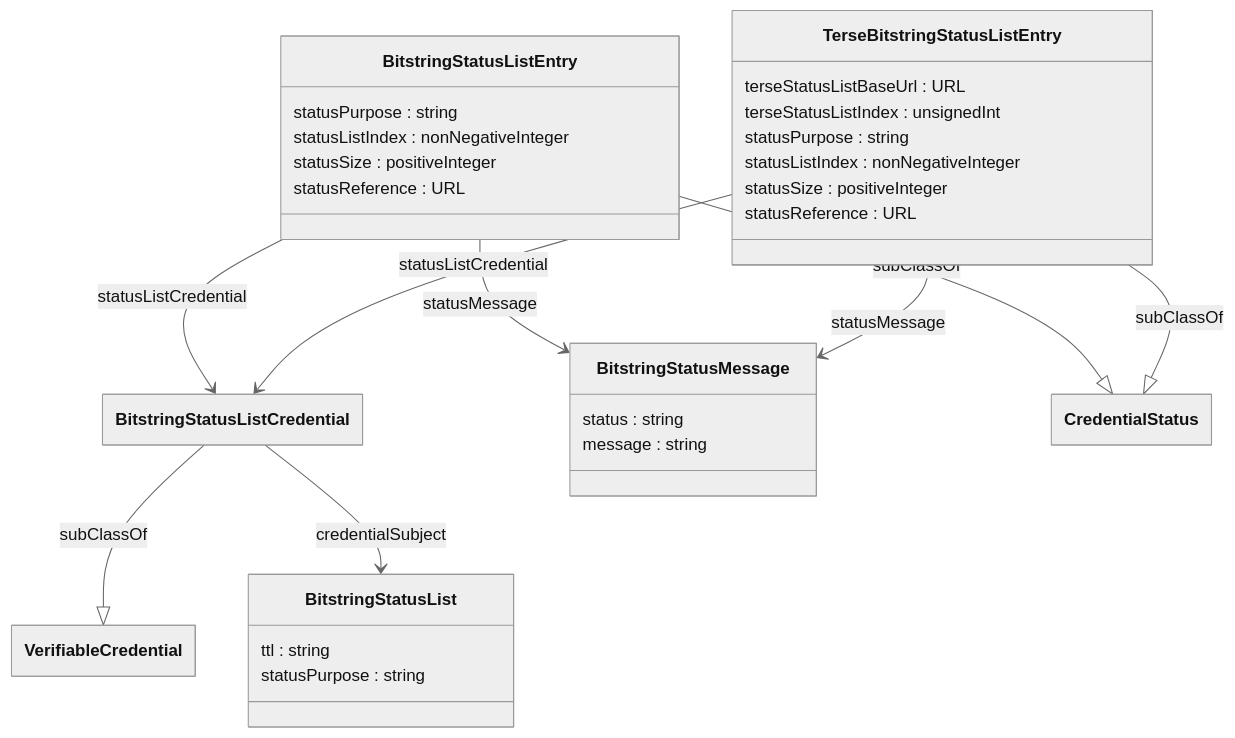
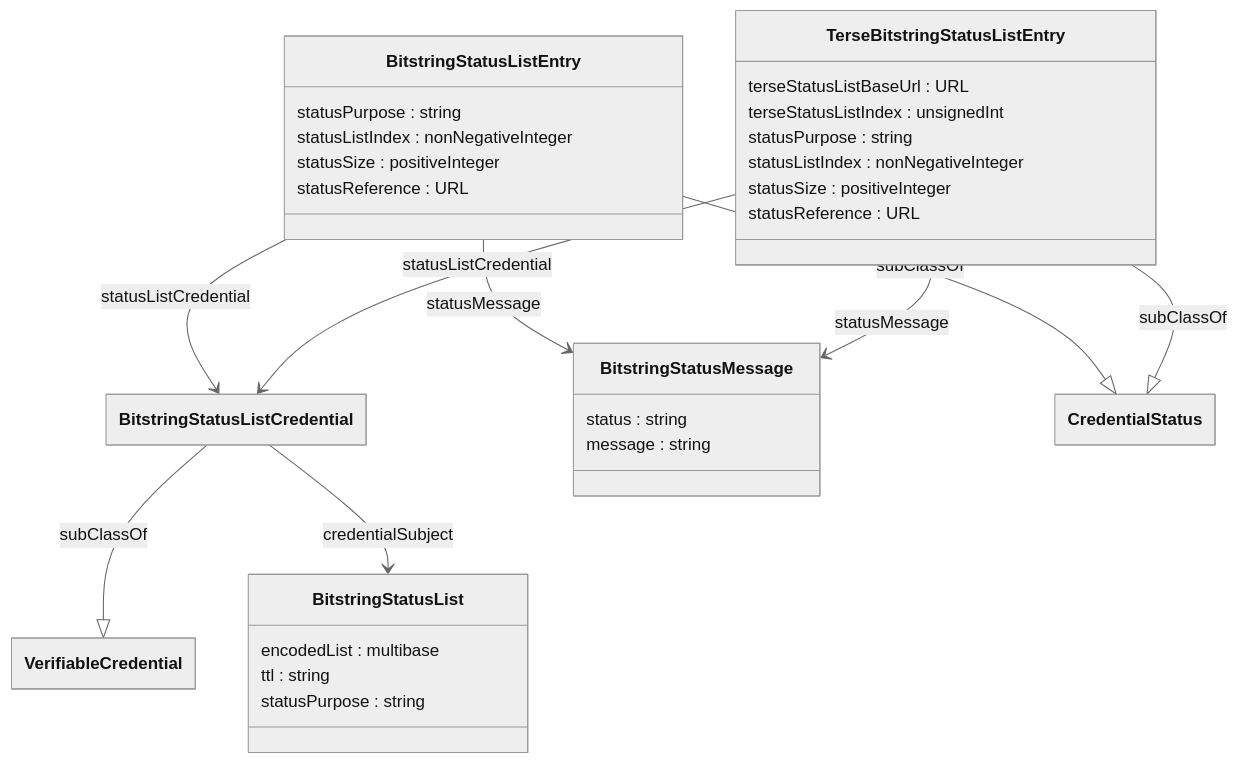
The diagram in vocab/v1.1/vocabulary.mmd (w3c/vc-bitstring-status-list), drawn with Mermaid before and after one commit.

Commit message:
Improved the mmd

```diff
--- a/vocab/v1.1/vocabulary.mmd
+++ b/vocab/v1.1/vocabulary.mmd
@@ -1,44 +1,45 @@
 %%{
     init: {
         "theme" : "neutral",
         "class": {
             "hideEmptyMembersBox": true
         }
     }
 }%%
 classDiagram
     class BitstringStatusList {
+        encodedList : multibase
         ttl : string
         statusPurpose : string
     }
     class BitstringStatusListEntry {
         statusPurpose : string
         statusListIndex : nonNegativeInteger
         statusSize : positiveInteger
         statusReference : URL
     }
     class BitstringStatusListCredential {}
     class BitstringStatusMessage {
         status : string
         message : string
     }
     class TerseBitstringStatusListEntry {
         terseStatusListBaseUrl : URL
         terseStatusListIndex : unsignedInt
         statusPurpose : string
         statusListIndex : nonNegativeInteger
         statusSize : positiveInteger
         statusReference : URL
     }
 
 
     BitstringStatusListEntry --|> CredentialStatus : subClassOf
     BitstringStatusListCredential --|> VerifiableCredential : subClassOf
     TerseBitstringStatusListEntry --|> CredentialStatus : subClassOf
 
     BitstringStatusListEntry --> BitstringStatusListCredential : statusListCredential
     BitstringStatusListEntry --> BitstringStatusMessage : statusMessage
     TerseBitstringStatusListEntry --> BitstringStatusListCredential : statusListCredential
     TerseBitstringStatusListEntry --> BitstringStatusMessage : statusMessage
 
     BitstringStatusListCredential --> BitstringStatusList : credentialSubject
```
